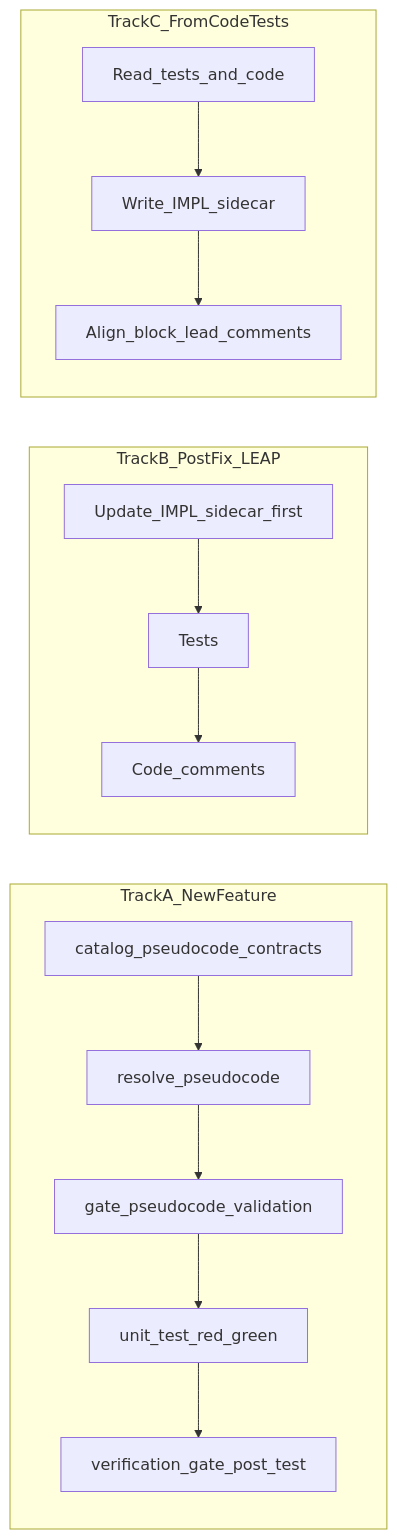
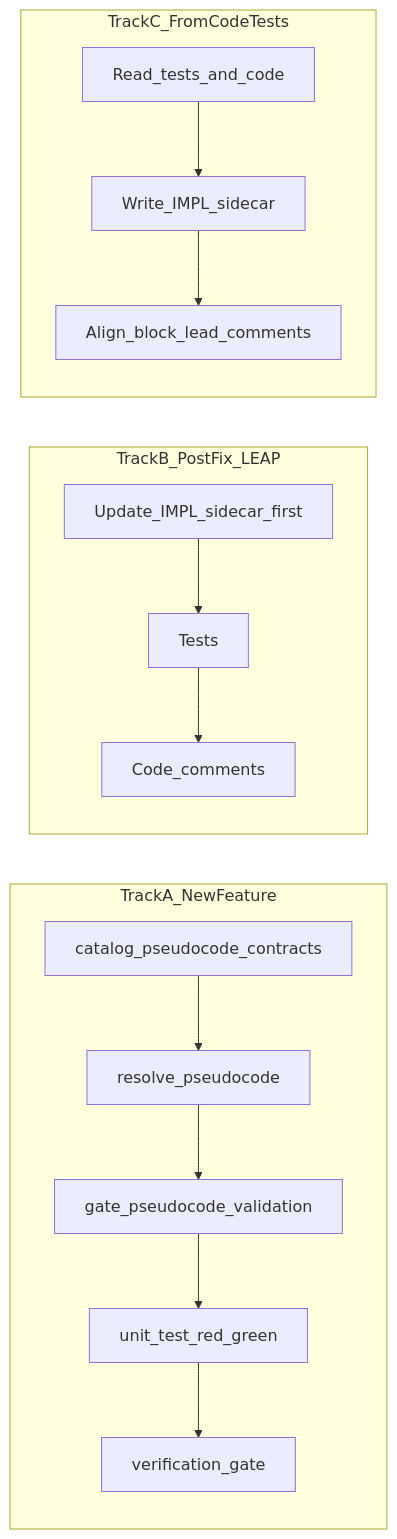
One commit to fareedst/bkpdir changed the first of 3 diagrams in tied/docs/pseudocode-writing-and-validation.md. Above: the diagram before and after it, drawn with Mermaid. The commit also changed other lines of this file and 683 other files, not shown here.

````diff
--- a/tied/docs/pseudocode-writing-and-validation.md
+++ b/tied/docs/pseudocode-writing-and-validation.md
@@ -47,23 +47,23 @@
 ```mermaid
 flowchart LR
   subgraph featureTrack [TrackA_NewFeature]
     CP[catalog_pseudocode_contracts]
     RP[resolve_pseudocode]
     GV[gate_pseudocode_validation]
     UR[unit_test_red_green]
-    VG[verification_gate_post_test]
+    VG[verification_gate]
     CP --> RP --> GV --> UR --> VG
   end
   subgraph fixTrack [TrackB_PostFix_LEAP]
     IMPL[Update_IMPL_sidecar_first]
     T[Tests]
     C[Code_comments]
     IMPL --> T --> C
   end
   subgraph retrofitTrack [TrackC_FromCodeTests]
     EV[Read_tests_and_code]
     W[Write_IMPL_sidecar]
     AL[Align_block_lead_comments]
     EV --> W --> AL
   end
 ```
````
